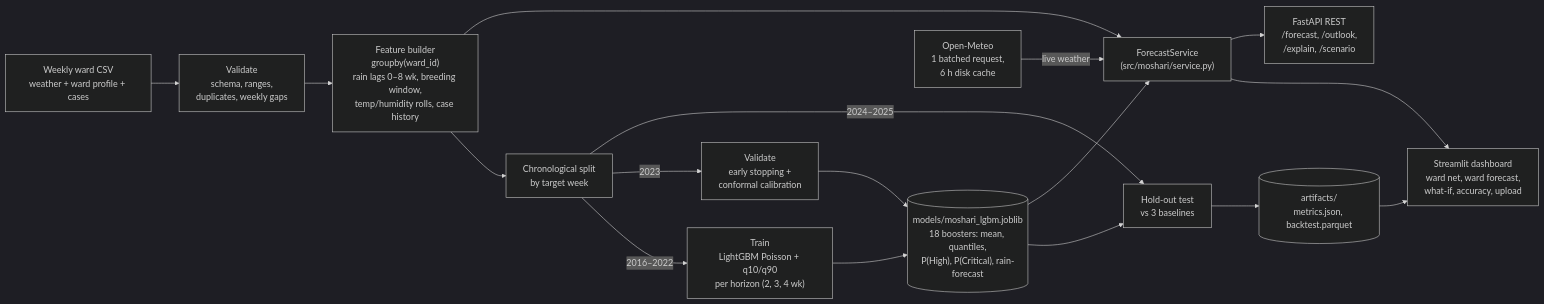
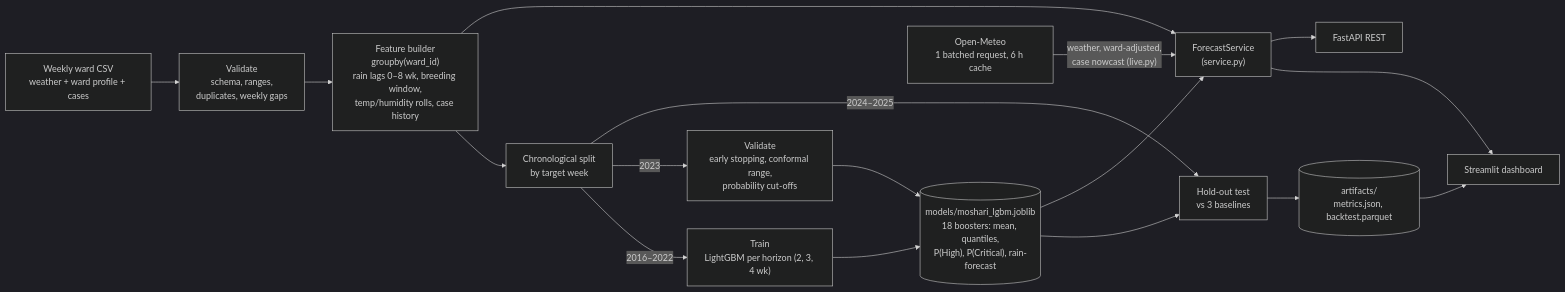
Before and after one commit to yasinDoc/moshari: the diagram in ARCHITECTURE.md, drawn with Mermaid (dark theme). The commit also changed other lines of this file and 3 other files, not shown here.

First line of the commit message:
Fix uv setup to install into the project venv; refresh README; tighten ARCHITECTURE.md

````diff
--- a/ARCHITECTURE.md
+++ b/ARCHITECTURE.md
@@ -7,18 +7,18 @@
 ```mermaid
 flowchart LR
     A["Weekly ward CSV<br/>weather + ward profile + cases"] --> B["Validate<br/>schema, ranges,<br/>duplicates, weekly gaps"]
     B --> C["Feature builder<br/>groupby(ward_id)<br/>rain lags 0–8 wk, breeding window,<br/>temp/humidity rolls, case history"]
     C --> D["Chronological split<br/>by target week"]
-    D -->|"2016–2022"| E["Train<br/>LightGBM Poisson + q10/q90<br/>per horizon (2, 3, 4 wk)"]
-    D -->|"2023"| F["Validate<br/>early stopping +<br/>conformal calibration"]
+    D -->|"2016–2022"| E["Train<br/>LightGBM per horizon (2, 3, 4 wk)"]
+    D -->|"2023"| F["Validate<br/>early stopping, conformal range,<br/>probability cut-offs"]
     E --> G[("models/moshari_lgbm.joblib<br/>18 boosters: mean, quantiles,<br/>P(High), P(Critical), rain-forecast")]
     F --> G
     D -->|"2024–2025"| H["Hold-out test<br/>vs 3 baselines"]
     G --> H --> I[("artifacts/<br/>metrics.json, backtest.parquet")]
-    G --> J["ForecastService<br/>(src/moshari/service.py)"]
+    G --> J["ForecastService<br/>(service.py)"]
     C --> J
-    J --> K["Streamlit dashboard<br/>ward net, ward forecast,<br/>what-if, accuracy, upload"]
-    J --> L["FastAPI REST<br/>/forecast, /outlook,<br/>/explain, /scenario"]
-    M["Open-Meteo<br/>1 batched request,<br/>6 h disk cache"] -->|"live weather"| J
+    M["Open-Meteo<br/>1 batched request, 6 h cache"] -->|"weather, ward-adjusted,<br/>case nowcast (live.py)"| J
+    J --> K["Streamlit dashboard"]
+    J --> L["FastAPI REST"]
     I --> K
 ```
````
